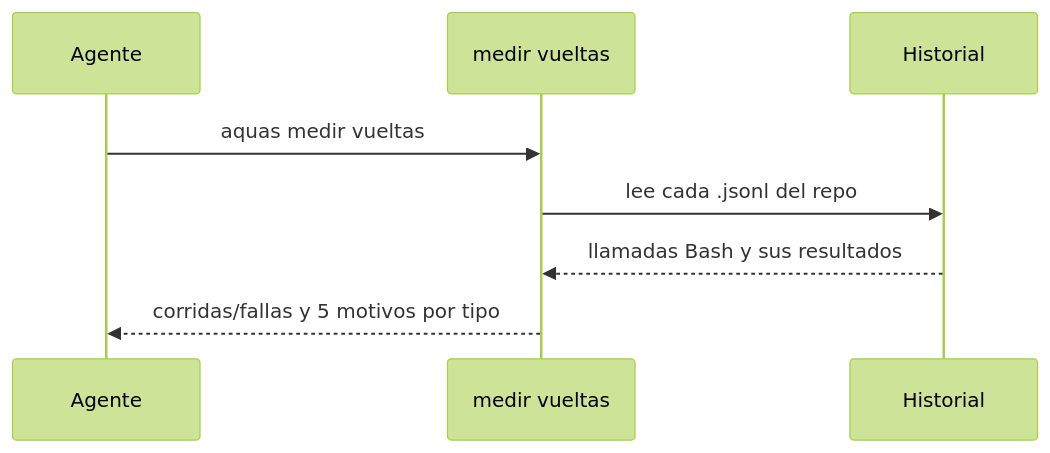
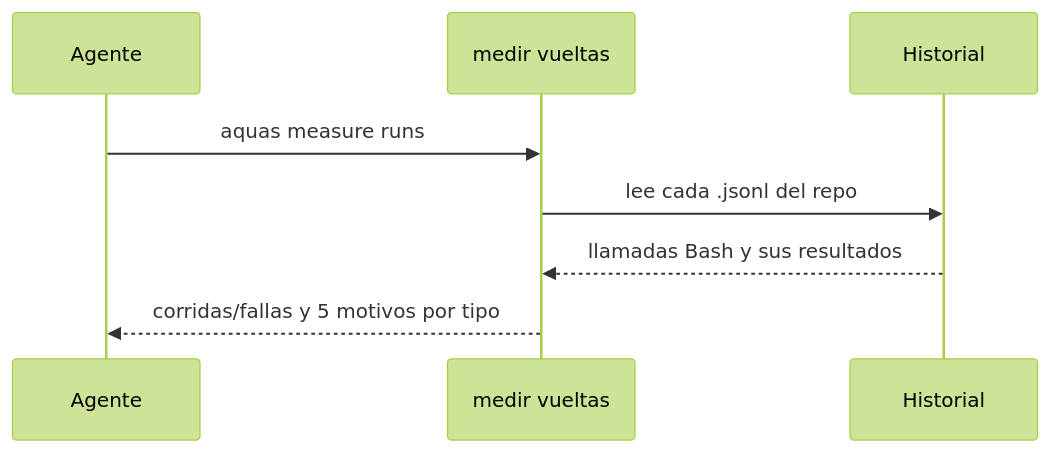
One commit to jliberal-aquas/aquas-central-harness-government changed the diagram in docs/E000/F004/S001.md. Above: the diagram before and after it, drawn with Mermaid (forest theme). The commit also changed other lines of this file and 184 other files, not shown here.

````diff
--- a/docs/E000/F004/S001.md
+++ b/docs/E000/F004/S001.md
@@ -37,10 +37,10 @@
 ```mermaid
 sequenceDiagram
     participant A as Agente
     participant M as medir vueltas
     participant H as Historial
-    A->>M: aquas medir vueltas
+    A->>M: aquas measure runs
     M->>H: lee cada .jsonl del repo
     H-->>M: llamadas Bash y sus resultados
     M-->>A: corridas/fallas y 5 motivos por tipo
 ```
````
